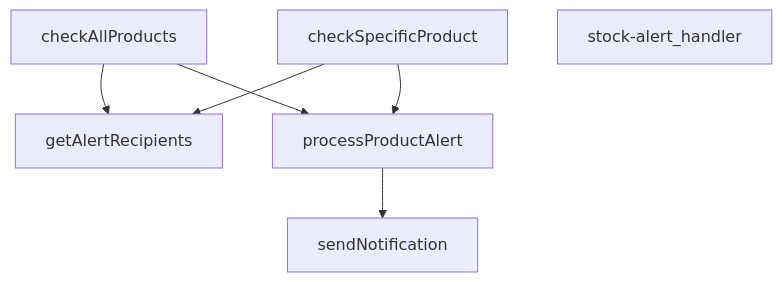
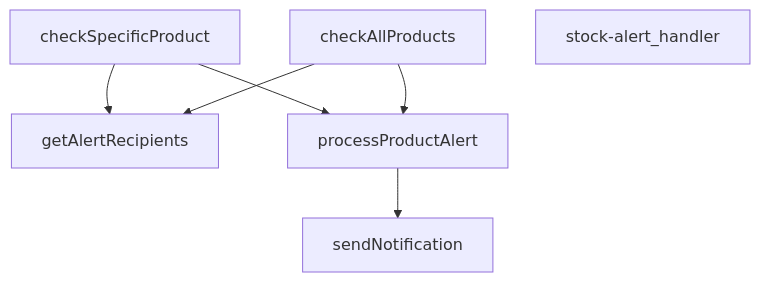
One commit to peckop/venthub-hvac-esite changed the diagram in supabase/functions/stock-alert/index.md. Above: the diagram before and after it, drawn with Mermaid. The commit also changed other lines of this file and 29 other files, not shown here.

````diff
--- a/supabase/functions/stock-alert/index.md
+++ b/supabase/functions/stock-alert/index.md
@@ -215,14 +211,14 @@
 ```mermaid
 graph TD
     index_ts__checkAllProducts["checkAllProducts"]
     index_ts__checkSpecificProduct["checkSpecificProduct"]
     index_ts__getAlertRecipients["getAlertRecipients"]
     index_ts__processProductAlert["processProductAlert"]
     index_ts__sendNotification["sendNotification"]
     index_ts__stock-alert_handler["stock-alert_handler"]
+    index_ts__checkSpecificProduct --> index_ts__processProductAlert
+    index_ts__checkSpecificProduct --> index_ts__getAlertRecipients
+    index_ts__checkAllProducts --> index_ts__processProductAlert
+    index_ts__processProductAlert --> index_ts__sendNotification
     index_ts__checkAllProducts --> index_ts__getAlertRecipients
-    index_ts__checkSpecificProduct --> index_ts__getAlertRecipients
-    index_ts__checkSpecificProduct --> index_ts__processProductAlert
-    index_ts__processProductAlert --> index_ts__sendNotification
-    index_ts__checkAllProducts --> index_ts__processProductAlert
 ```
````
